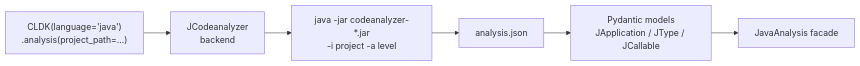
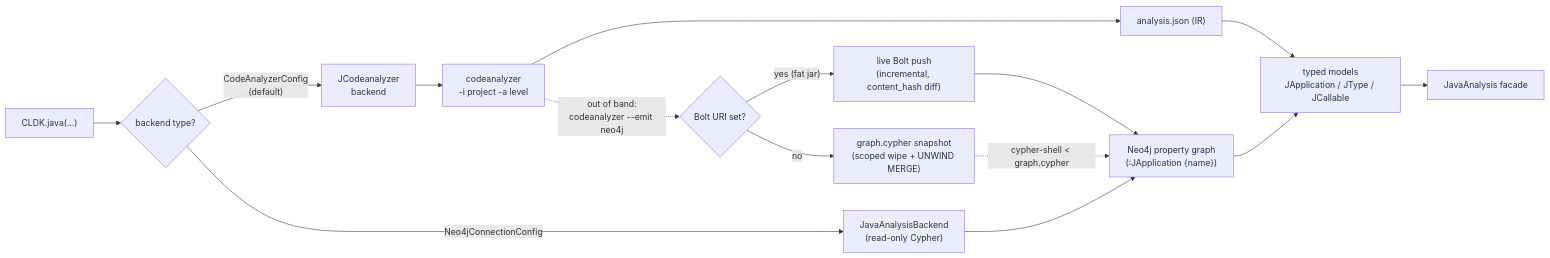
Before and after one commit to codellm-devkit/codeanalyzer-java: the diagram in src/content/docs/integration/python-sdk.mdx, drawn with Mermaid. The commit also changed other lines of this file and 19 other files, not shown here.

First line of the commit message:
docs: document Neo4j property-graph output (scale, Kubernetes, enterprise)

````diff
--- a/src/content/docs/integration/python-sdk.mdx
+++ b/src/content/docs/integration/python-sdk.mdx
@@ -12,8 +19,21 @@
 ```mermaid
 flowchart LR
-    A["CLDK(language='java')<br/>.analysis(project_path=...)"] --> B["JCodeanalyzer<br/>backend"]
-    B --> C["java -jar codeanalyzer-*.jar<br/>-i project -a level"]
-    C --> D["analysis.json"]
-    D --> E["Pydantic models<br/>JApplication / JType / JCallable"]
+    A["CLDK.java(...)"] --> SEL{"backend type?"}
+
+    SEL -->|"CodeAnalyzerConfig<br/>(default)"| B["JCodeanalyzer<br/>backend"]
+    B --> C["codeanalyzer<br/>-i project -a level"]
+    C --> D["analysis.json (IR)"]
+
+    SEL -->|"Neo4jConnectionConfig"| N["JavaAnalysisBackend<br/>(read-only Cypher)"]
+    N --> G["Neo4j property graph<br/>(:JApplication {name})"]
+
+    C -. "out of band:<br/>codeanalyzer --emit neo4j" .-> EMIT{"Bolt URI set?"}
+    EMIT -->|"yes (fat jar)"| BOLT["live Bolt push<br/>(incremental, content_hash diff)"]
+    EMIT -->|"no"| SNAP["graph.cypher snapshot<br/>(scoped wipe + UNWIND MERGE)"]
+    BOLT --> G
+    SNAP -.->|"cypher-shell < graph.cypher"| G
+
+    D --> E["typed models<br/>JApplication / JType / JCallable"]
+    G --> E
     E --> F["JavaAnalysis facade"]
 ```
````
